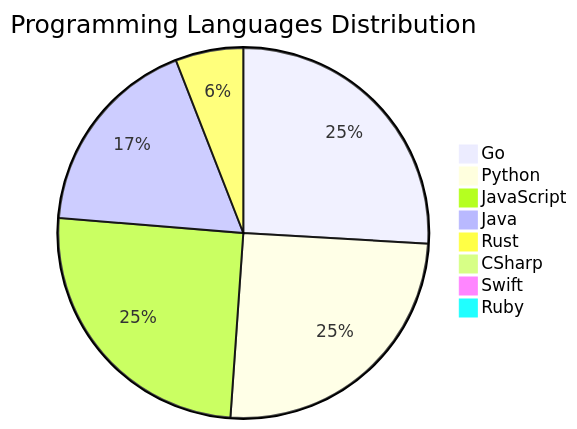
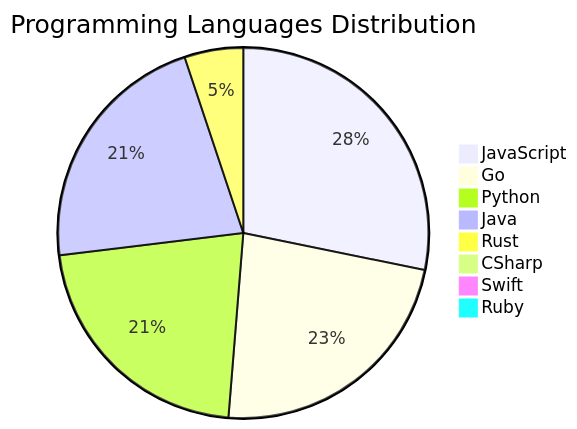
One commit to Derrick-MUGISHA/github-activity-bot changed the diagram in README.md. Above: the diagram before and after it, drawn with Mermaid. The commit also changed other lines of this file and 4 other files, not shown here.

````diff
--- a/README.md
+++ b/README.md
@@ -209,11 +209,11 @@
 ```mermaid
 pie title Programming Languages Distribution
-    "Go" : 35
+    "JavaScript" : 44
+    "Go" : 36
     "Python" : 34
-    "JavaScript" : 34
-    "Java" : 24
+    "Java" : 34
     "Rust" : 8
     "CSharp" : 1
     "Swift" : 1
     "Ruby" : 1
 ```
````
